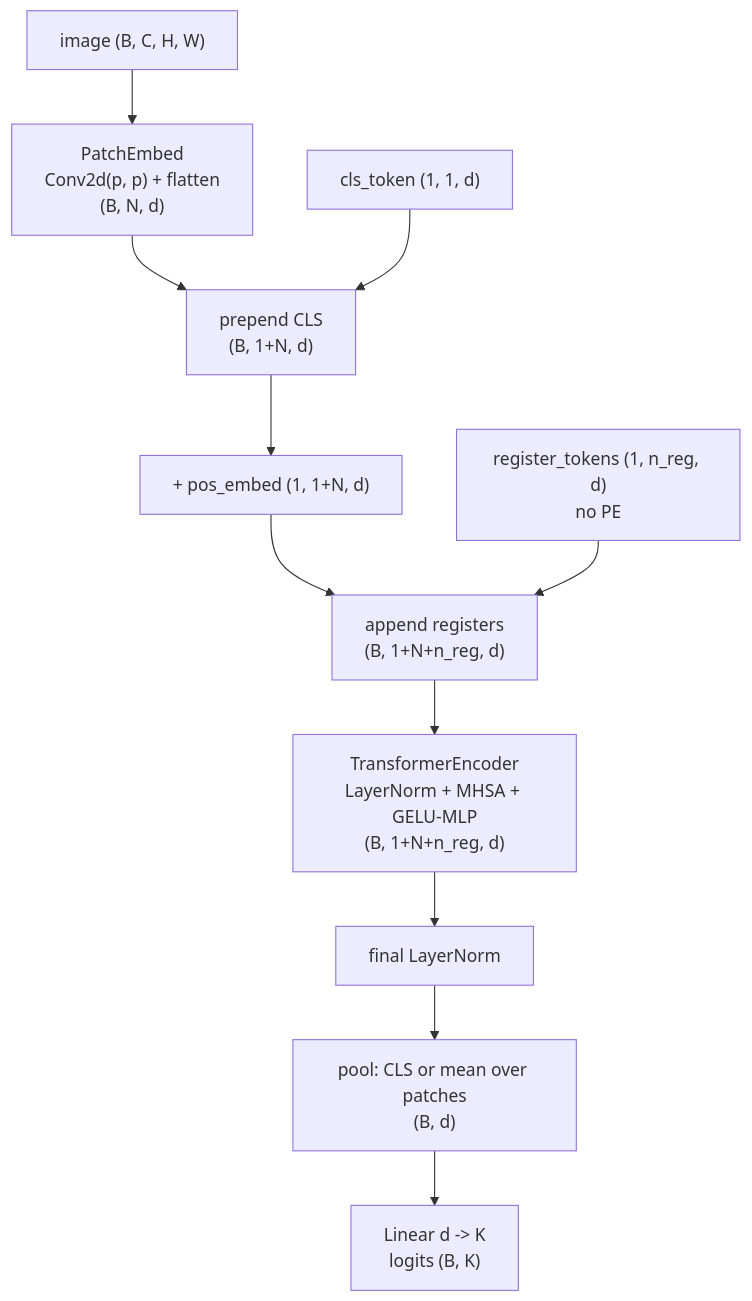
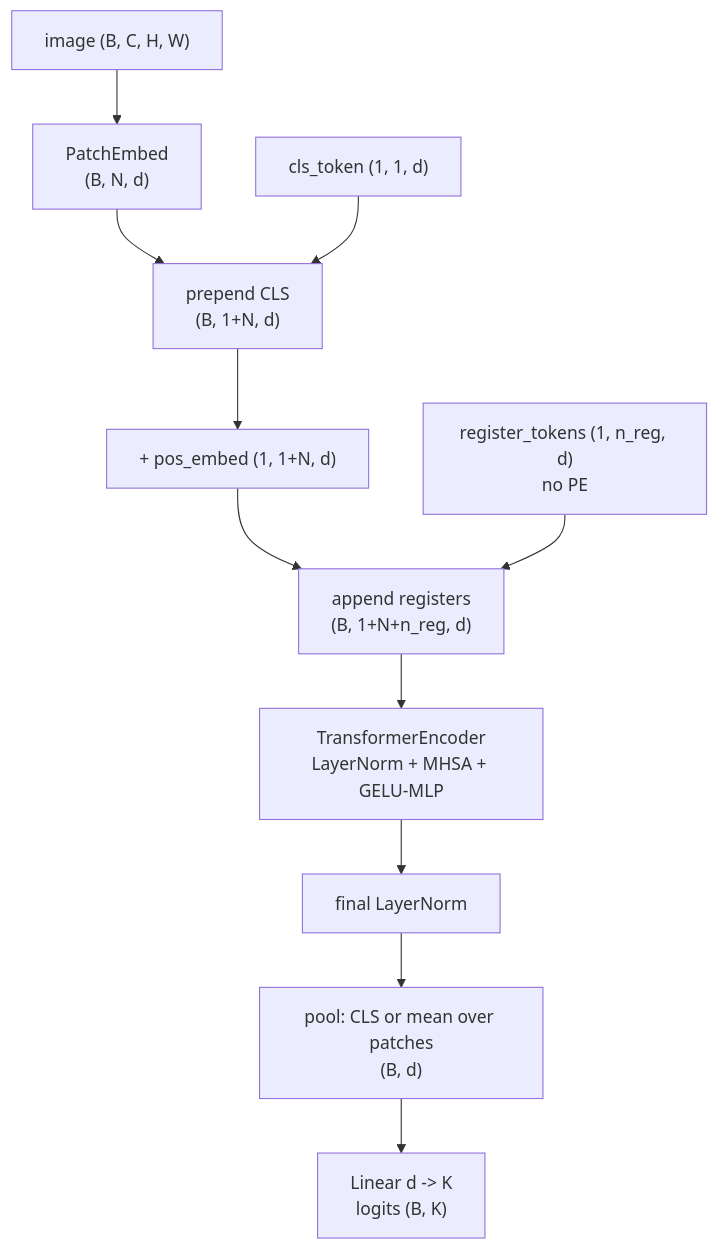
One commit to tanmaniac/nanovision changed the second of 4 diagrams in assignments/a02_vit/README.md. Above: the diagram before and after it, drawn with Mermaid. The commit also changed other lines of this file and 68 other files, not shown here.

````diff
--- a/assignments/a02_vit/README.md
+++ b/assignments/a02_vit/README.md
@@ -137,13 +100,13 @@
 ```mermaid
 flowchart TB
-    IMG["image (B, C, H, W)"] --> PE["PatchEmbed<br/>Conv2d(p, p) + flatten<br/>(B, N, d)"]
+    IMG["image (B, C, H, W)"] --> PE["PatchEmbed<br/>(B, N, d)"]
     PE --> CAT["prepend CLS<br/>(B, 1+N, d)"]
     CLS["cls_token (1, 1, d)"] --> CAT
     CAT --> ADD["+ pos_embed (1, 1+N, d)"]
     ADD --> REG["append registers<br/>(B, 1+N+n_reg, d)"]
     RT["register_tokens (1, n_reg, d)<br/>no PE"] --> REG
-    REG --> ENC["TransformerEncoder<br/>LayerNorm + MHSA + GELU-MLP<br/>(B, 1+N+n_reg, d)"]
+    REG --> ENC["TransformerEncoder<br/>LayerNorm + MHSA + GELU-MLP"]
     ENC --> LN["final LayerNorm"]
     LN --> POOL["pool: CLS or mean over patches<br/>(B, d)"]
     POOL --> HEAD["Linear d -> K<br/>logits (B, K)"]
 ```
````
